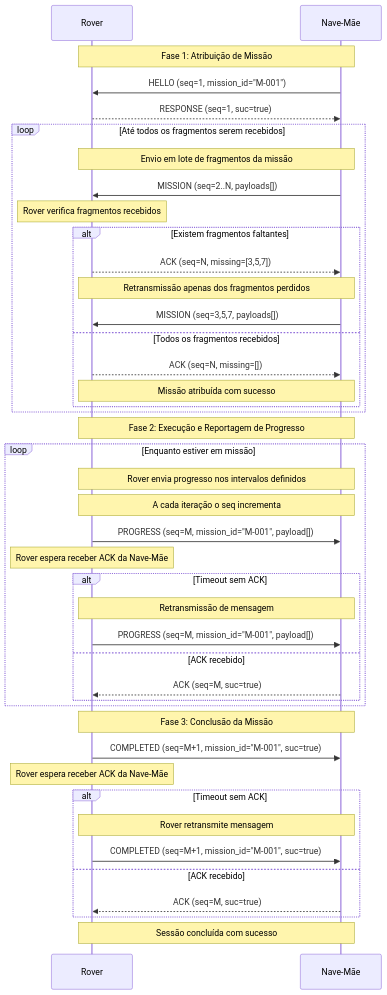
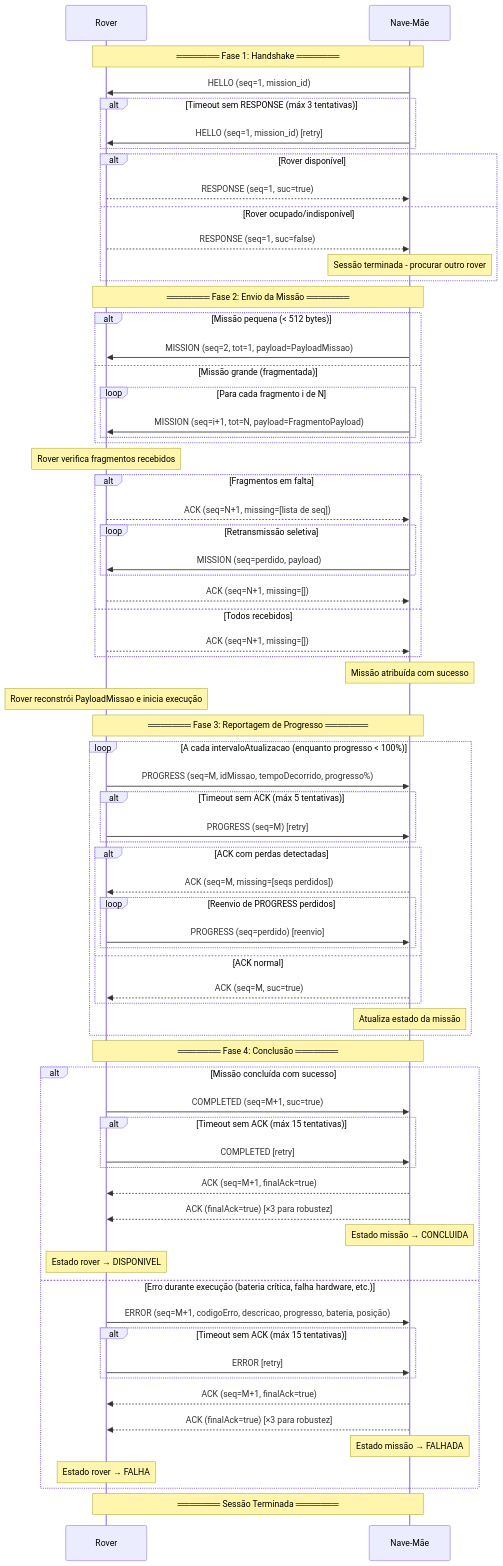
Before and after one commit to c0m1x/Comunicao-por-Computadores: the diagram in protocolos.md, drawn with Mermaid. The commit also changed other lines of this file, not shown here.

````diff
--- a/protocolos.md
+++ b/protocolos.md
@@ -57,60 +60,97 @@
 ```mermaid
 sequenceDiagram
     participant R as Rover
-    participant NM_UDP as Nave-Mãe 
+    participant NM as Nave-Mãe
 
-    Note over R,NM_UDP: Fase 1: Atribuição de Missão
+    Note over R,NM: ═══════ Fase 1: Handshake ═══════
 
-    NM_UDP->>R: HELLO (seq=1, mission_id="M-001")
-    R-->>NM_UDP: RESPONSE (seq=1, suc=true)
+    NM->>R: HELLO (seq=1, mission_id)
+    
+    alt Timeout sem RESPONSE (máx 3 tentativas)
+        NM->>R: HELLO (seq=1, mission_id) [retry]
+    end
+    
+    alt Rover disponível
+        R-->>NM: RESPONSE (seq=1, suc=true)
+    else Rover ocupado/indisponível
+        R-->>NM: RESPONSE (seq=1, suc=false)
+        Note over NM: Sessão terminada - procurar outro rover
+    end
 
-    loop Até todos os fragmentos serem recebidos
-        Note over NM_UDP,R: Envio em lote de fragmentos da missão
-        NM_UDP->>R: MISSION (seq=2..N, payloads[])
-      
-        Note over R: Rover verifica fragmentos recebidos
-      
-        alt Existem fragmentos faltantes
-          R-->>NM_UDP: ACK (seq=N, missing=[3,5,7])
-            Note over NM_UDP,R: Retransmissão apenas dos fragmentos perdidos
-            NM_UDP->>R: MISSION (seq=3,5,7, payloads[])
-  
-        else Todos os fragmentos recebidos
-            R-->>NM_UDP: ACK (seq=N, missing=[])
-            Note over NM_UDP,R: Missão atribuída com sucesso
+    Note over R,NM: ═══════ Fase 2: Envio da Missão ═══════
+
+    alt Missão pequena (< 512 bytes)
+        NM->>R: MISSION (seq=2, tot=1, payload=PayloadMissao)
+    else Missão grande (fragmentada)
+        loop Para cada fragmento i de N
+            NM->>R: MISSION (seq=i+1, tot=N, payload=FragmentoPayload)
         end
     end
 
-    Note over R,NM_UDP: Fase 2: Execução e Reportagem de Progresso
+    Note over R: Rover verifica fragmentos recebidos
 
-    loop Enquanto estiver em missão
-        Note over NM_UDP,R: Rover envia progresso nos intervalos definidos
-        Note over NM_UDP,R: A cada iteração o seq incrementa
-        
-        R->>NM_UDP: PROGRESS (seq=M, mission_id="M-001", payload[])
-
-        Note over R: Rover espera receber ACK da Nave-Mãe
-
-        alt Timeout sem ACK
-        Note over R, NM_UDP: Retransmissão de mensagem
-            R->>NM_UDP: PROGRESS (seq=M, mission_id="M-001", payload[])
-  
-        else ACK recebido
-            NM_UDP-->>R: ACK (seq=M, suc=true)
+    alt Fragmentos em falta
+        R-->>NM: ACK (seq=N+1, missing=[lista de seq])
+        loop Retransmissão seletiva
+            NM->>R: MISSION (seq=perdido, payload)
         end
+        R-->>NM: ACK (seq=N+1, missing=[])
+    else Todos recebidos
+        R-->>NM: ACK (seq=N+1, missing=[])
     end
 
-    Note over R,NM_UDP: Fase 3: Conclusão da Missão
-    
-    R->>NM_UDP: COMPLETED (seq=M+1, mission_id="M-001", suc=true)
-    Note over R: Rover espera receber ACK da Nave-Mãe
-    alt Timeout sem ACK
-    Note over R, NM_UDP: Rover retransmite mensagem
-    R->>NM_UDP: COMPLETED (seq=M+1, mission_id="M-001", suc=true)
-  
-        else ACK recebido
-            NM_UDP-->>R: ACK (seq=M, suc=true)
+    Note over NM: Missão atribuída com sucesso
+    Note over R: Rover reconstrói PayloadMissao e inicia execução
+
+    Note over R,NM: ═══════ Fase 3: Reportagem de Progresso ═══════
+
+    loop A cada intervaloAtualizacao (enquanto progresso < 100%)
+        R->>NM: PROGRESS (seq=M, idMissao, tempoDecorrido, progresso%)
+        
+        alt Timeout sem ACK (máx 5 tentativas)
+            R->>NM: PROGRESS (seq=M) [retry]
         end
+        
+        alt ACK com perdas detectadas
+            NM-->>R: ACK (seq=M, missing=[seqs perdidos])
+            loop Reenvio de PROGRESS perdidos
+                R->>NM: PROGRESS (seq=perdido) [reenvio]
+            end
+        else ACK normal
+            NM-->>R: ACK (seq=M, suc=true)
+        end
+        
+        Note over NM: Atualiza estado da missão
+    end
 
-    Note over NM_UDP,R: Sessão concluída com sucesso
+    Note over R,NM: ═══════ Fase 4: Conclusão ═══════
+
+    alt Missão concluída com sucesso
+        R->>NM: COMPLETED (seq=M+1, suc=true)
+        
+        alt Timeout sem ACK (máx 15 tentativas)
+            R->>NM: COMPLETED [retry]
+        end
+        
+        NM-->>R: ACK (seq=M+1, finalAck=true)
+        NM-->>R: ACK (finalAck=true) [×3 para robustez]
+        
+        Note over NM: Estado missão → CONCLUIDA
+        Note over R: Estado rover → DISPONIVEL
+        
+    else Erro durante execução (bateria crítica, falha hardware, etc.)
+        R->>NM: ERROR (seq=M+1, codigoErro, descricao, progresso, bateria, posição)
+        
+        alt Timeout sem ACK (máx 15 tentativas)
+            R->>NM: ERROR [retry]
+        end
+        
+        NM-->>R: ACK (seq=M+1, finalAck=true)
+        NM-->>R: ACK (finalAck=true) [×3 para robustez]
+        
+        Note over NM: Estado missão → FALHADA
+        Note over R: Estado rover → FALHA
+    end
+
+    Note over R,NM: ═══════ Sessão Terminada ═══════
 ```
````
